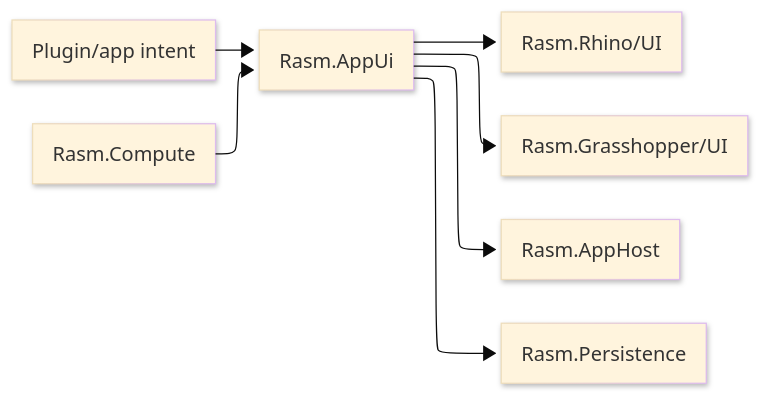
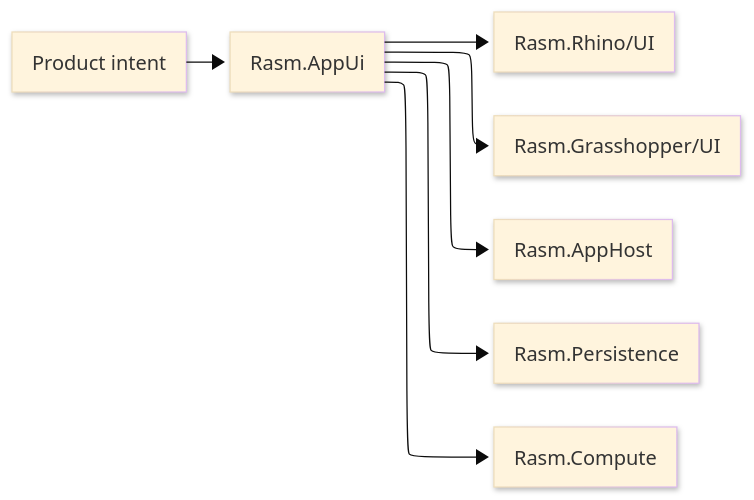
The diagram in libs/csharp/Rasm.AppUi/ARCHITECTURE.md (bsamiee/Rasm), drawn with Mermaid before and after one commit. The commit also changed other lines of this file and 65 other files, not shown here.

Commit message:
Align app package docs and package graph

````diff
--- a/libs/csharp/Rasm.AppUi/ARCHITECTURE.md
+++ b/libs/csharp/Rasm.AppUi/ARCHITECTURE.md
@@ -7,21 +7,17 @@
 ```mermaid
 ---
 config:
   layout: elk
   look: neo
   theme: base
-  elk:
-    mergeEdges: false
-    nodePlacementStrategy: BRANDES_KOEPF
-    cycleBreakingStrategy: GREEDY_MODEL_ORDER
 ---
 flowchart LR
     accTitle: AppUi product UI engine
-    accDescr: Product intent enters AppUi, which owns retained UI composition and delegates host behavior to Rhino and Grasshopper while observing AppHost, Persistence, and Compute.
-    Product["Plugin/app intent"] --> AppUi["Rasm.AppUi"]
+    accDescr: AppUi owns product UI rails, delegates host behavior to Rhino and Grasshopper UI packages, and consumes runtime, store, and compute contracts.
+    Intent["Product intent"] --> AppUi["Rasm.AppUi"]
     AppUi --> RhinoUi["Rasm.Rhino/UI"]
     AppUi --> GhUi["Rasm.Grasshopper/UI"]
     AppUi --> Host["Rasm.AppHost"]
     AppUi --> Store["Rasm.Persistence"]
-    Compute["Rasm.Compute"] --> AppUi
+    AppUi --> Compute["Rasm.Compute"]
 ```
````
